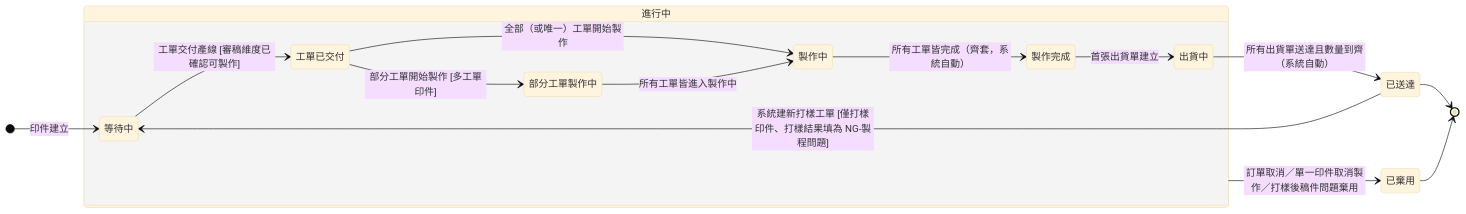
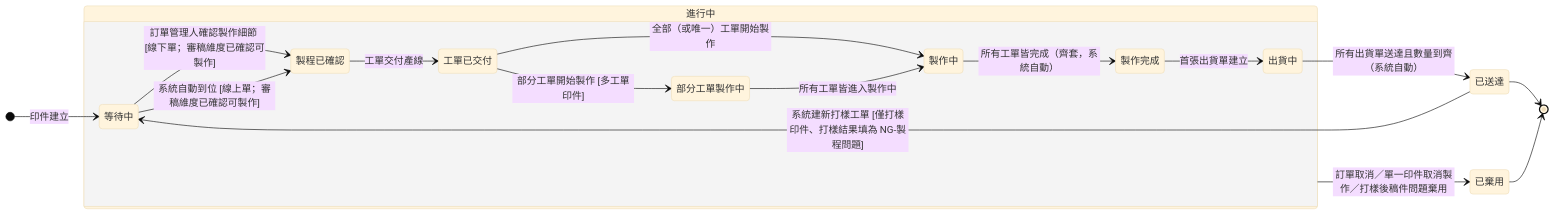
Before and after one commit to Kawato-Miles/erp-spec: the second of 2 diagrams in memory/Sens_wiki/wiki/erp/06-state-machines/印件狀態.md, drawn with Mermaid (base theme). The commit also changed other lines of this file and 23 other files, not shown here.

````diff
--- a/memory/Sens_wiki/wiki/erp/06-state-machines/印件狀態.md
+++ b/memory/Sens_wiki/wiki/erp/06-state-machines/印件狀態.md
@@ -98,33 +99,36 @@
 ```mermaid
 stateDiagram-v2
     direction LR
 
     [*] --> p_waiting : 印件建立
 
     state "進行中" as Active {
         direction LR
         state "等待中" as p_waiting
+        state "製程已確認" as p_confirmed
         state "工單已交付" as p_delivered
         state "部分工單製作中" as p_partial
         state "製作中" as p_making
         state "製作完成" as p_done
         state "出貨中" as p_shipping
 
-        p_waiting --> p_delivered : 工單交付產線 [審稿維度已確認可製作]
+        p_waiting --> p_confirmed : 訂單管理人確認製作細節 [線下單；審稿維度已確認可製作]
+        p_waiting --> p_confirmed : 系統自動到位 [線上單；審稿維度已確認可製作]
+        p_confirmed --> p_delivered : 工單交付產線
         p_delivered --> p_partial : 部分工單開始製作 [多工單印件]
         p_delivered --> p_making : 全部（或唯一）工單開始製作
         p_partial --> p_making : 所有工單皆進入製作中
         p_making --> p_done : 所有工單皆完成（齊套，系統自動）
         p_done --> p_shipping : 首張出貨單建立
     }
 
     state "已送達" as p_arrived
     state "已棄用" as p_discarded
 
     p_shipping --> p_arrived : 所有出貨單送達且數量到齊（系統自動）
     p_arrived --> p_waiting : 系統建新打樣工單 [僅打樣印件、打樣結果填為 NG-製程問題]
     Active --> p_discarded : 訂單取消／單一印件取消製作／打樣後稿件問題棄用
 
     p_arrived --> [*]
     p_discarded --> [*]
 ```
````
